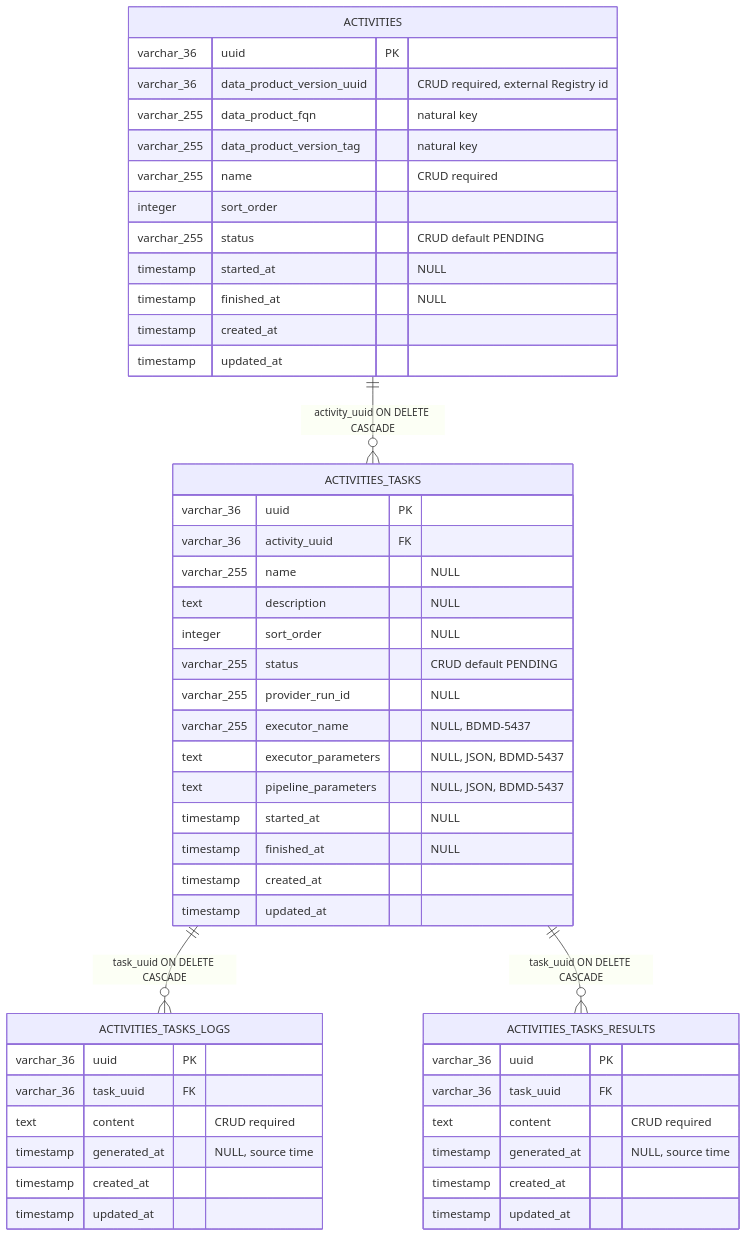
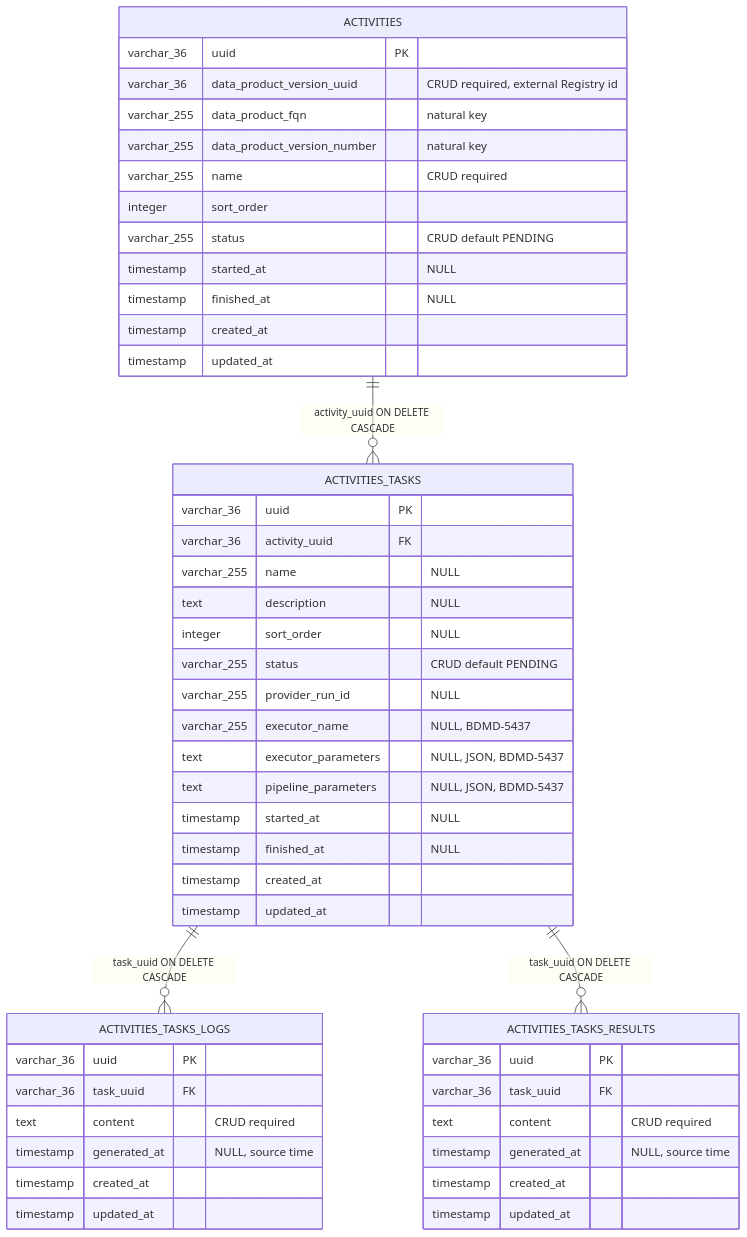
One commit to opendatamesh-initiative/odm-platform-pp-devops-server changed the diagram in spdd/analysis/BDMD-5436-202609181557-[Analysis]-activity-task-anemic-crud.md. Above: the diagram before and after it, drawn with Mermaid. The commit also changed other lines of this file and 55 other files, not shown here.

First line of the commit message:
feat(BDMD-5647): rename dataProductVersionTag to dataProductVersionNumber; look up tasks by run id through activity search options

````diff
--- a/spdd/analysis/BDMD-5436-202609181557-[Analysis]-activity-task-anemic-crud.md
+++ b/spdd/analysis/BDMD-5436-202609181557-[Analysis]-activity-task-anemic-crud.md
@@ -74,55 +74,55 @@
 ```mermaid
 erDiagram
   ACTIVITIES ||--o{ ACTIVITIES_TASKS : "activity_uuid ON DELETE CASCADE"
   ACTIVITIES_TASKS ||--o{ ACTIVITIES_TASKS_LOGS : "task_uuid ON DELETE CASCADE"
   ACTIVITIES_TASKS ||--o{ ACTIVITIES_TASKS_RESULTS : "task_uuid ON DELETE CASCADE"
 
   ACTIVITIES {
     varchar_36 uuid PK
     varchar_36 data_product_version_uuid "CRUD required, external Registry id"
     varchar_255 data_product_fqn "natural key"
-    varchar_255 data_product_version_tag "natural key"
+    varchar_255 data_product_version_number "natural key"
     varchar_255 name "CRUD required"
     integer sort_order
     varchar_255 status "CRUD default PENDING"
     timestamp started_at "NULL"
     timestamp finished_at "NULL"
     timestamp created_at
     timestamp updated_at
   }
 
   ACTIVITIES_TASKS {
     varchar_36 uuid PK
     varchar_36 activity_uuid FK
     varchar_255 name "NULL"
     text description "NULL"
     integer sort_order "NULL"
     varchar_255 status "CRUD default PENDING"
     varchar_255 provider_run_id "NULL"
     varchar_255 executor_name "NULL, BDMD-5437"
     text executor_parameters "NULL, JSON, BDMD-5437"
     text pipeline_parameters "NULL, JSON, BDMD-5437"
     timestamp started_at "NULL"
     timestamp finished_at "NULL"
     timestamp created_at
     timestamp updated_at
   }
 
   ACTIVITIES_TASKS_LOGS {
     varchar_36 uuid PK
     varchar_36 task_uuid FK
     text content "CRUD required"
     timestamp generated_at "NULL, source time"
     timestamp created_at
     timestamp updated_at
   }
 
   ACTIVITIES_TASKS_RESULTS {
     varchar_36 uuid PK
     varchar_36 task_uuid FK
     text content "CRUD required"
     timestamp generated_at "NULL, source time"
     timestamp created_at
     timestamp updated_at
   }
 ```
````
